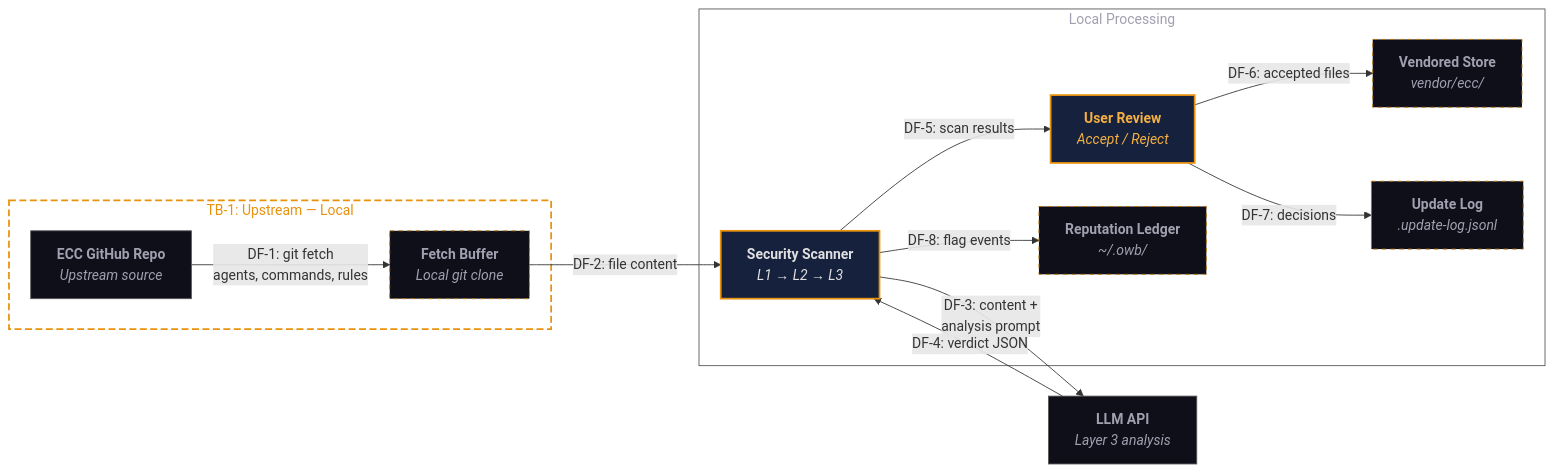
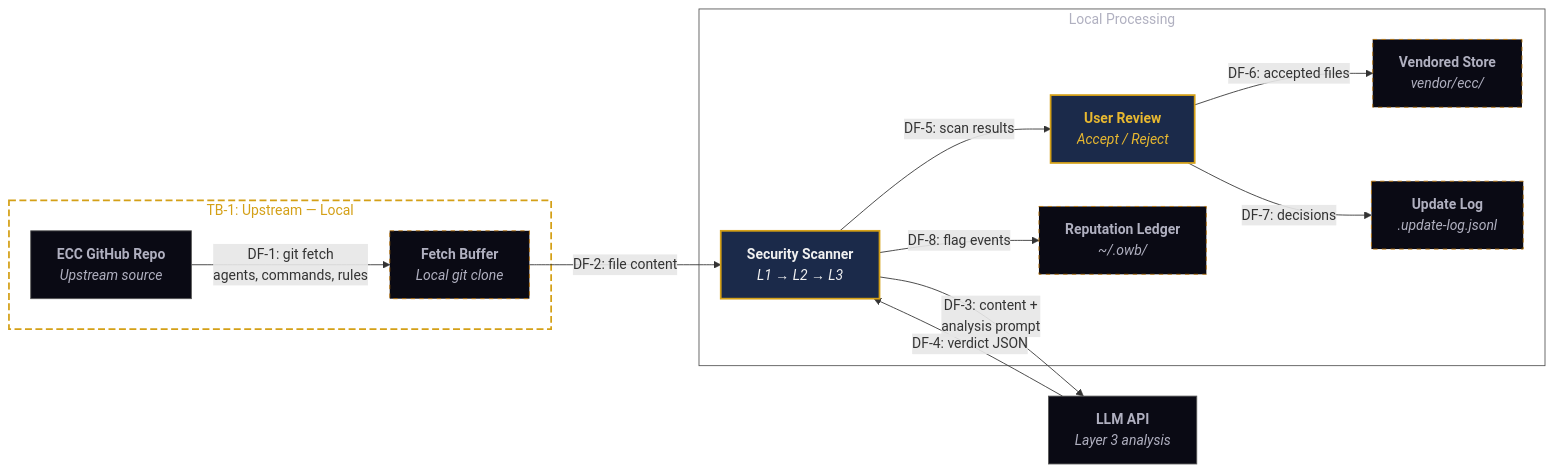
One commit to originalrgsec/open-workspace-builder changed the fourth of 6 diagrams in docs/adr.md. Above: the diagram before and after it, drawn with Mermaid. The commit also changed other lines of this file and 19 other files, not shown here.

````diff
--- a/docs/adr.md
+++ b/docs/adr.md
@@ -176,34 +176,34 @@
 ```mermaid
 graph LR
     subgraph TB1 ["TB-1: Upstream — Local"]
         ECC_Repo["<b>ECC GitHub Repo</b><br/><i>Upstream source</i>"]:::external
         FetchBuf["<b>Fetch Buffer</b><br/><i>Local git clone</i>"]:::store
     end
 
     subgraph local ["Local Processing"]
         Scanner1["<b>Security Scanner</b><br/><i>L1 → L2 → L3</i>"]:::comp
         UserReview["<b>User Review</b><br/><i>Accept / Reject</i>"]:::actor
         VendorStore["<b>Vendored Store</b><br/><i>vendor/ecc/</i>"]:::store
         UpdateLog["<b>Update Log</b><br/><i>.update-log.jsonl</i>"]:::store
         RepLedger["<b>Reputation Ledger</b><br/><i>~/.owb/</i>"]:::store
     end
 
     LLM_API["<b>LLM API</b><br/><i>Layer 3 analysis</i>"]:::external
 
     ECC_Repo -->|"DF-1: git fetch<br/>agents, commands, rules"| FetchBuf
     FetchBuf -->|"DF-2: file content"| Scanner1
     Scanner1 -->|"DF-3: content +<br/>analysis prompt"| LLM_API
     LLM_API -->|"DF-4: verdict JSON"| Scanner1
     Scanner1 -->|"DF-5: scan results"| UserReview
     UserReview -->|"DF-6: accepted files"| VendorStore
     UserReview -->|"DF-7: decisions"| UpdateLog
     Scanner1 -->|"DF-8: flag events"| RepLedger
 
-    classDef external fill:#0F0F1A,color:#A0A0B0,stroke:#555,stroke-width:1px
-    classDef comp fill:#16213E,color:#E0E0E0,stroke:#E8920D,stroke-width:2px
-    classDef store fill:#0F0F1A,color:#A0A0B0,stroke:#B87308,stroke-width:1px,stroke-dasharray:5 5
-    classDef actor fill:#16213E,color:#F5B041,stroke:#E8920D,stroke-width:2px
+    classDef external fill:#0A0A14,color:#B0B0C0,stroke:#555,stroke-width:1px
+    classDef comp fill:#1B2A4A,color:#F0F0F0,stroke:#D4A017,stroke-width:2px
+    classDef store fill:#0A0A14,color:#B0B0C0,stroke:#B87308,stroke-width:1px,stroke-dasharray:5 5
+    classDef actor fill:#1B2A4A,color:#E8B830,stroke:#D4A017,stroke-width:2px
 
-    style TB1 fill:none,stroke:#E8920D,stroke-width:2px,stroke-dasharray:8 4,color:#E8920D
-    style local fill:none,stroke:#555,stroke-width:1px,color:#A0A0B0
+    style TB1 fill:none,stroke:#D4A017,stroke-width:2px,stroke-dasharray:8 4,color:#D4A017
+    style local fill:none,stroke:#555,stroke-width:1px,color:#B0B0C0
 ```
````
